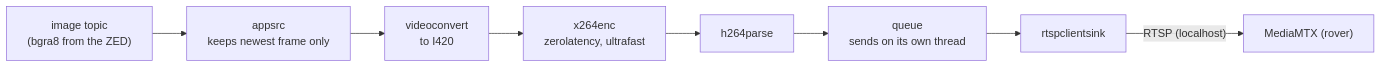
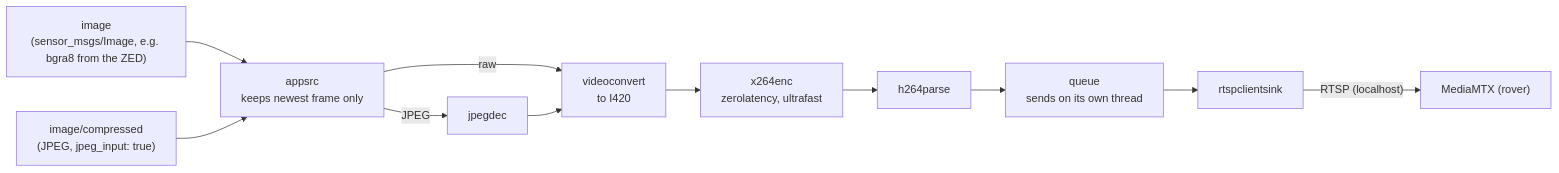
The diagram in docs/rover/video-stream-manager.md (UCI-Legacy-Robotics/URC-2027), drawn with Mermaid before and after one commit. The commit also changed other lines of this file and 4 other files, not shown here.

````diff
--- a/docs/rover/video-stream-manager.md
+++ b/docs/rover/video-stream-manager.md
@@ -9,10 +16,13 @@
 ```mermaid
 flowchart LR
-    TOPIC["image topic<br/>(bgra8 from the ZED)"] --> APPSRC["appsrc<br/>keeps newest frame only"]
-    APPSRC --> CONV["videoconvert<br/>to I420"]
+    RAW["image<br/>(sensor_msgs/Image, e.g. bgra8 from the ZED)"] --> APPSRC["appsrc<br/>keeps newest frame only"]
+    JPEG["image/compressed<br/>(JPEG, jpeg_input: true)"] --> APPSRC
+    APPSRC -->|"raw"| CONV["videoconvert<br/>to I420"]
+    APPSRC -->|"JPEG"| DEC["jpegdec"]
+    DEC --> CONV
     CONV --> ENC["x264enc<br/>zerolatency, ultrafast"]
     ENC --> PARSE["h264parse"]
     PARSE --> QUEUE["queue<br/>sends on its own thread"]
     QUEUE --> SINK["rtspclientsink"]
     SINK -->|"RTSP (localhost)"| MTX["MediaMTX (rover)"]
 ```
````
